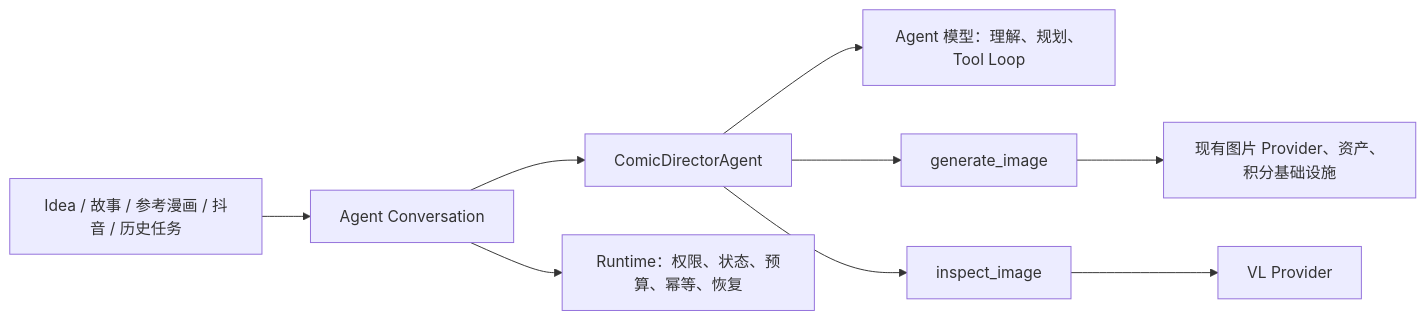
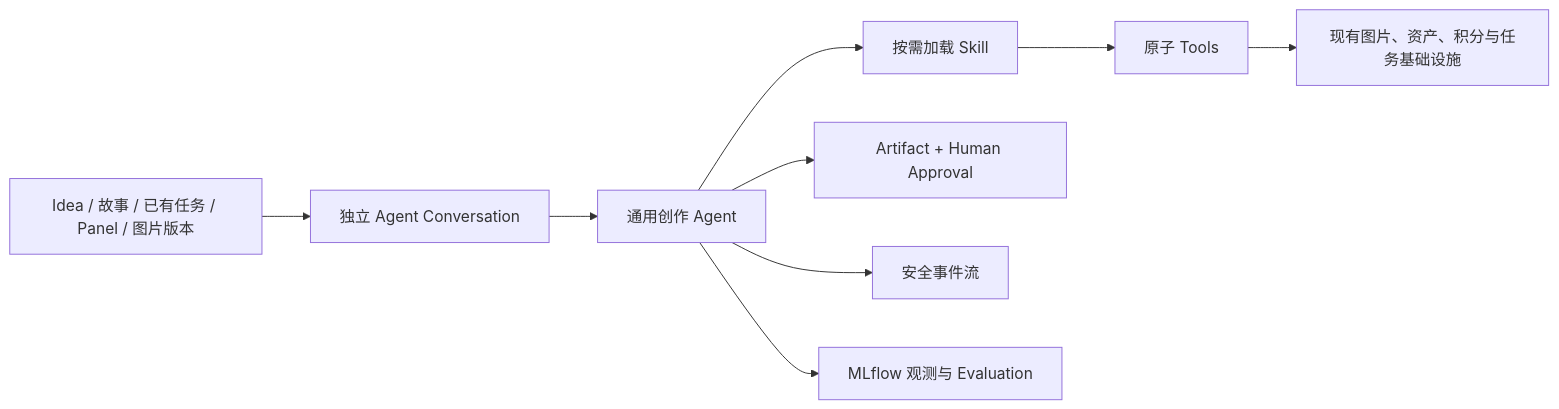
The diagram in docs/implementation/agent-v1-implementation-roadmap.md (xipebhui/DoodleStory), drawn with Mermaid before and after one commit. The commit also changed other lines of this file and 18 other files, not shown here.

````diff
--- a/docs/implementation/agent-v1-implementation-roadmap.md
+++ b/docs/implementation/agent-v1-implementation-roadmap.md
@@ -18,11 +22,11 @@
 ```mermaid
 flowchart LR
-    U["Idea / 故事 / 参考漫画 / 抖音 / 历史任务"] --> C["Agent Conversation"]
-    C --> A["ComicDirectorAgent"]
-    A --> M["Agent 模型：理解、规划、Tool Loop"]
-    A --> IG["generate_image"]
-    A --> VL["inspect_image"]
-    C --> S["Runtime：权限、状态、预算、幂等、恢复"]
-    IG --> I["现有图片 Provider、资产、积分基础设施"]
-    VL --> V["VL Provider"]
+    U["Idea / 故事 / 已有任务 / Panel / 图片版本"] --> C["独立 Agent Conversation"]
+    C --> A["通用创作 Agent"]
+    A --> S["按需加载 Skill"]
+    S --> T["原子 Tools"]
+    T --> I["现有图片、资产、积分与任务基础设施"]
+    A --> H["Artifact + Human Approval"]
+    A --> E["安全事件流"]
+    A --> O["MLflow 观测与 Evaluation"]
 ```
````
